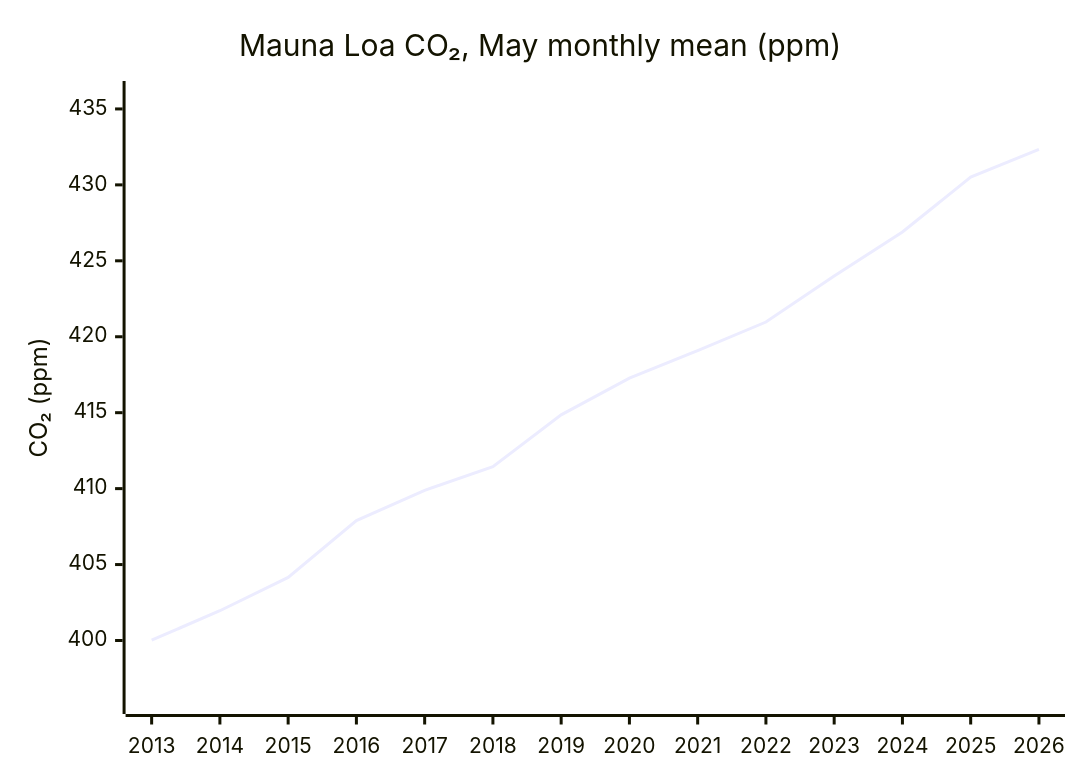
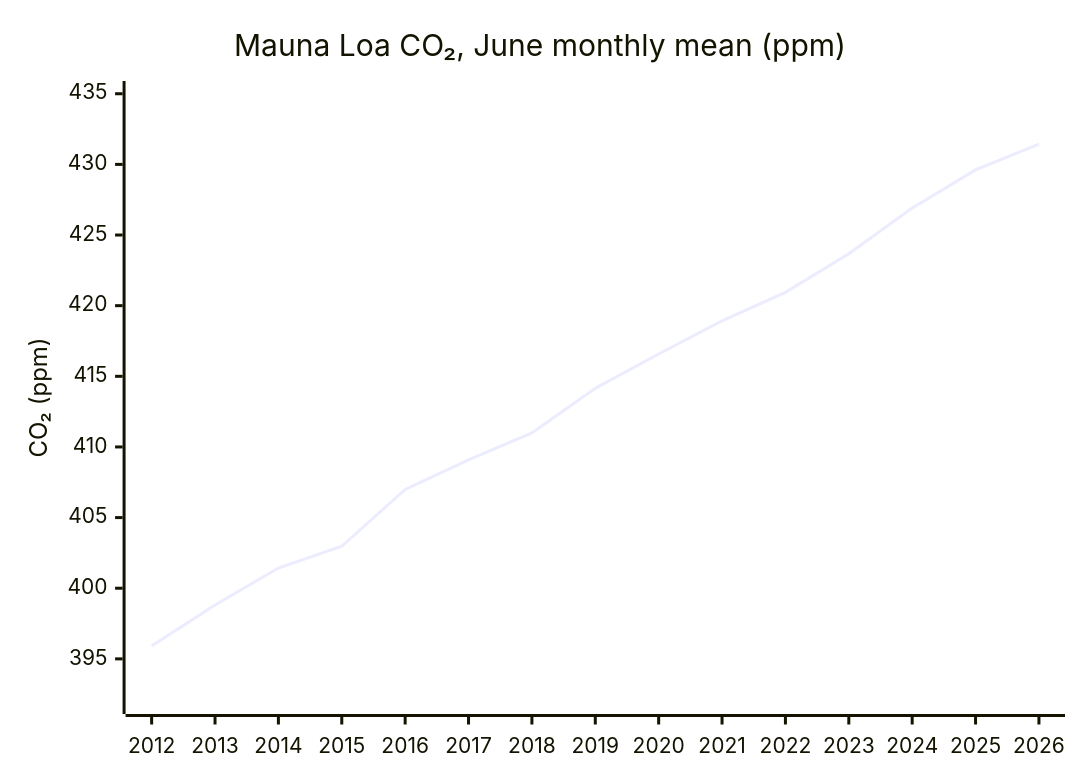
The first of 2 diagrams in pilot-26H1/climate.md (pasky/grand-endeavors), drawn with Mermaid before and after one commit. The commit also changed other lines of this file, not shown here.

Commit message:
pilot-26H1 climate: bulletin draft

````diff
--- a/pilot-26H1/climate.md
+++ b/pilot-26H1/climate.md
@@ -62,8 +69,8 @@
 ```mermaid
 xychart-beta
-    %% kpi: climate co2-mlo-monthly --match '*-05' --since 2013 --label year
-    title "Mauna Loa CO₂, May monthly mean (ppm)"
-    x-axis [2013, 2014, 2015, 2016, 2017, 2018, 2019, 2020, 2021, 2022, 2023, 2024, 2025, 2026]
-    y-axis "CO₂ (ppm)" 396 --> 436
-    line [400.02, 401.96, 404.15, 407.90, 409.89, 411.44, 414.86, 417.28, 419.09, 420.97, 424.00, 426.90, 430.51, 432.34]
+    %% kpi: climate co2-mlo-monthly --match '*-06' --since 2012 --label year
+    title "Mauna Loa CO₂, June monthly mean (ppm)"
+    x-axis [2012, 2013, 2014, 2015, 2016, 2017, 2018, 2019, 2020, 2021, 2022, 2023, 2024, 2025, 2026]
+    y-axis "CO₂ (ppm)" 392 --> 435
+    line [395.91, 398.81, 401.43, 402.97, 406.99, 409.08, 410.99, 414.15, 416.58, 418.93, 420.94, 423.68, 426.91, 429.61, 431.43]
 ```
````
